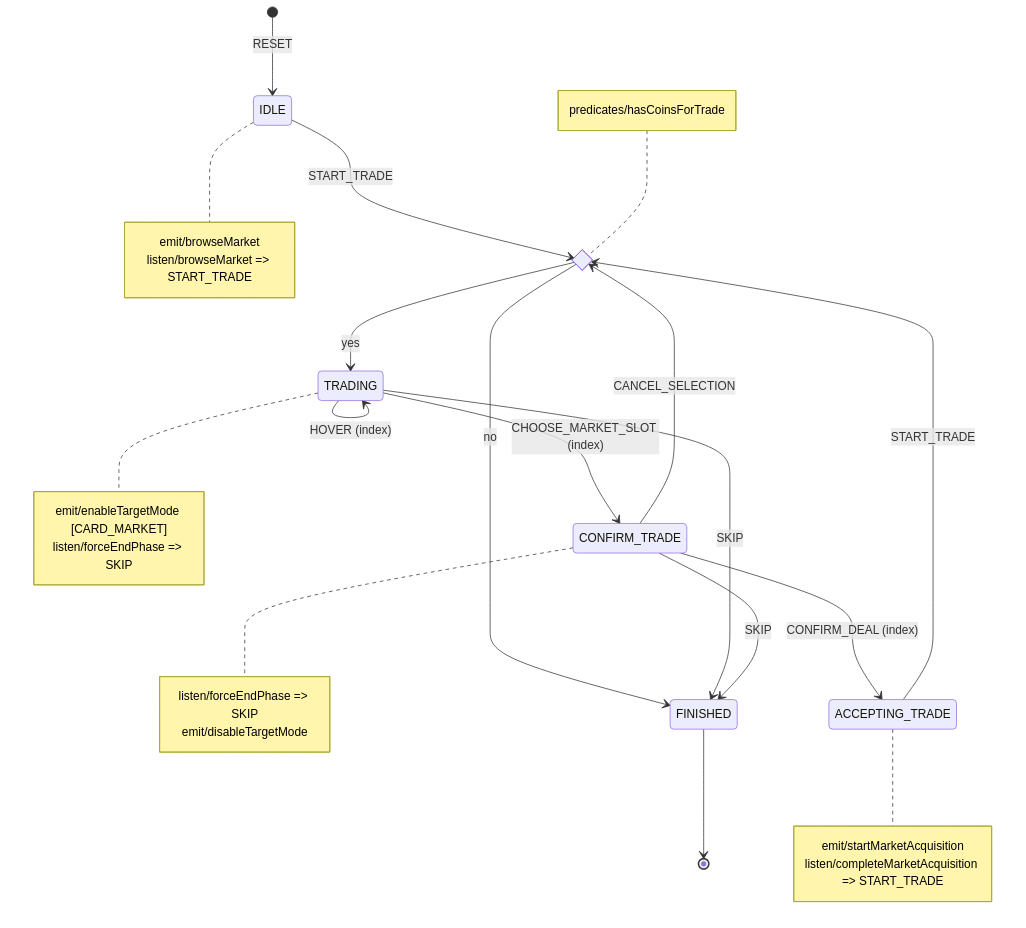
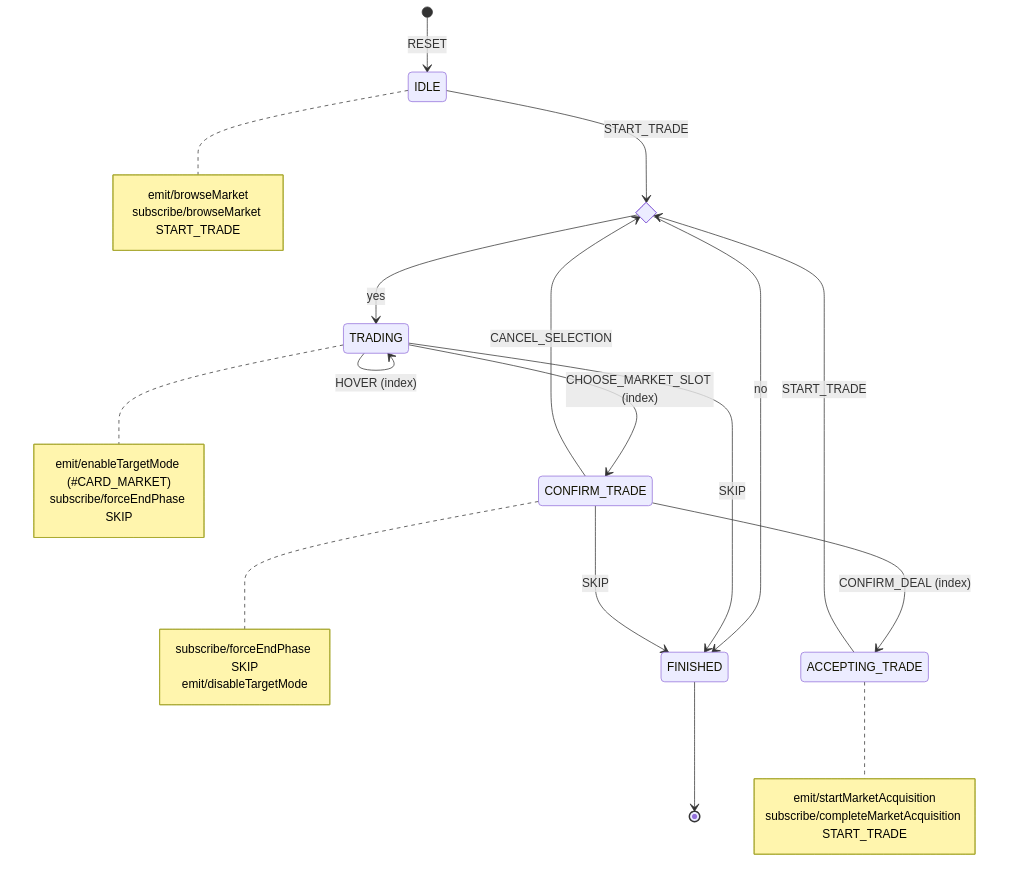
The eighth of 12 diagrams in docs/diagrams.md (tfcp68/battle-farm), drawn with Mermaid before and after one commit. The commit also changed other lines of this file and 28 other files, not shown here.

Commit message:
extract mermaid diagrams, add script gen

````diff
--- a/docs/diagrams.md
+++ b/docs/diagrams.md
@@ -346,35 +344,32 @@
 ```mermaid
 stateDiagram-v2
     [*] --> IDLE: RESET
     note right of IDLE
         emit/browseMarket
-        listen/browseMarket => START_TRADE
+        subscribe/browseMarket START_TRADE
     end note
     state hasMoney <<choice>>
     IDLE --> hasMoney: START_TRADE
-    note left of hasMoney
-        predicates/hasCoinsForTrade
-    end note
     hasMoney --> FINISHED: no
     FINISHED --> [*]
     hasMoney --> TRADING: yes
     note right of TRADING
-        emit/enableTargetMode [CARD_MARKET]
-        listen/forceEndPhase => SKIP
+        emit/enableTargetMode (#CARD_MARKET)
+        subscribe/forceEndPhase SKIP
     end note
     TRADING --> FINISHED: SKIP
     TRADING --> TRADING: HOVER (index)
     TRADING --> CONFIRM_TRADE: CHOOSE_MARKET_SLOT (index)
     note right of CONFIRM_TRADE
-        listen/forceEndPhase => SKIP
+        subscribe/forceEndPhase SKIP
         emit/disableTargetMode
     end note
     CONFIRM_TRADE --> FINISHED: SKIP
     CONFIRM_TRADE --> hasMoney: CANCEL_SELECTION
     CONFIRM_TRADE --> ACCEPTING_TRADE: CONFIRM_DEAL (index)
     ACCEPTING_TRADE --> hasMoney: START_TRADE
     note right of ACCEPTING_TRADE
         emit/startMarketAcquisition
-        listen/completeMarketAcquisition => START_TRADE
+        subscribe/completeMarketAcquisition START_TRADE
     end note
 ```
````
